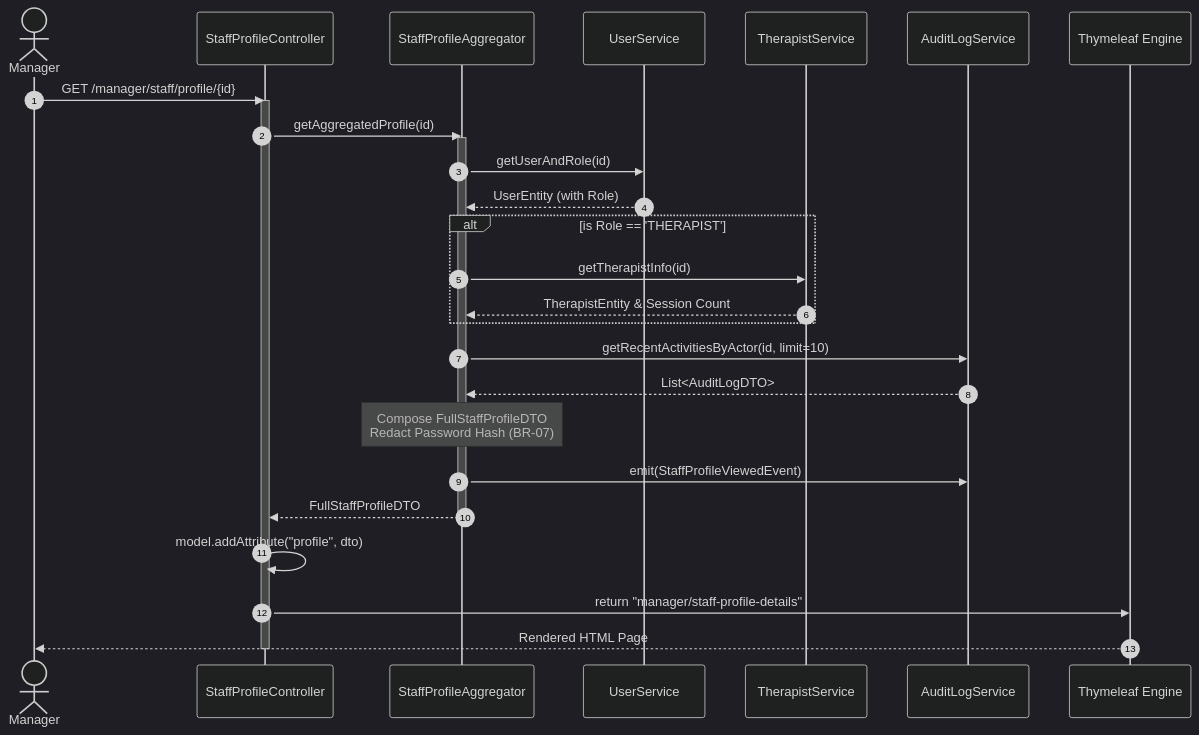
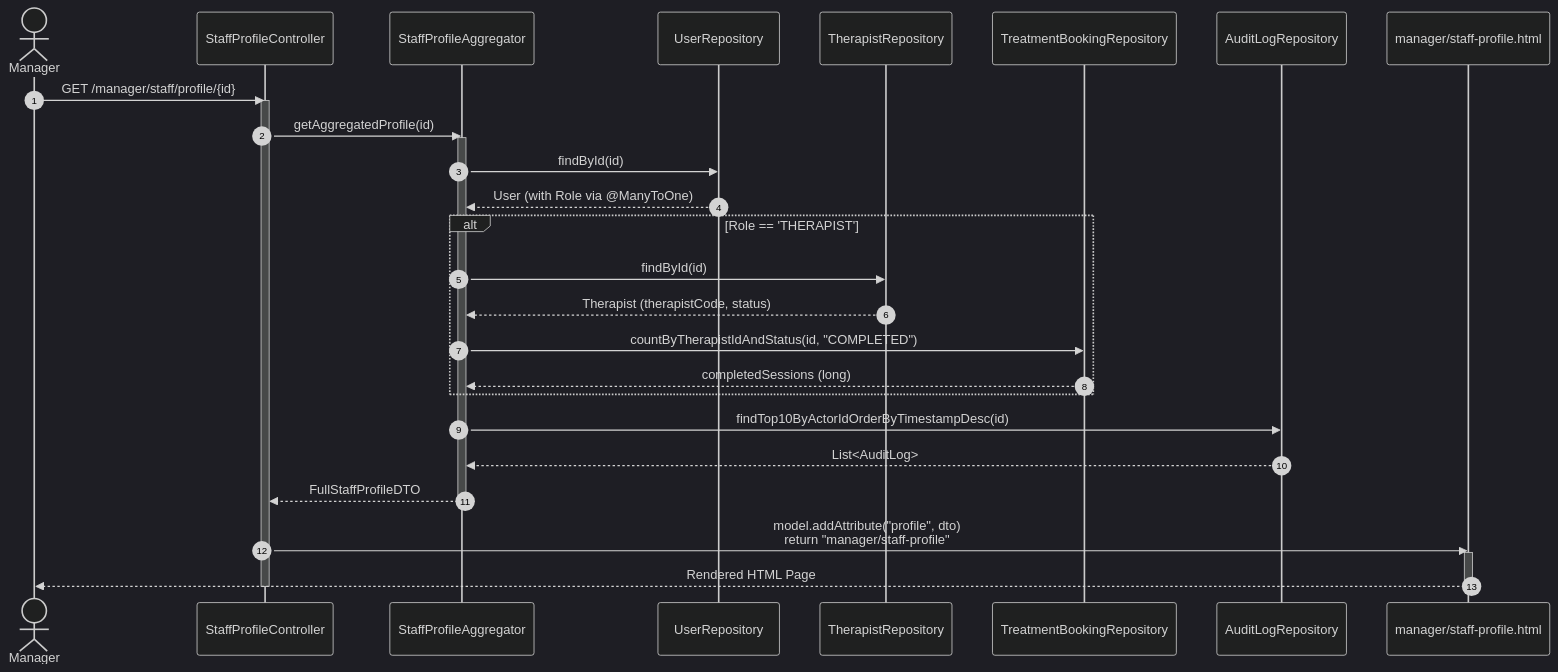
The second of 3 diagrams in 04_Implement/Module5/UC33/EDS_UC33_StaffProfileDetails.md (danhdac36/xoai-aura-retreat), drawn with Mermaid (dark theme) before and after one commit. The commit also changed other lines of this file and 3 other files, not shown here.

````diff
--- a/04_Implement/Module5/UC33/EDS_UC33_StaffProfileDetails.md
+++ b/04_Implement/Module5/UC33/EDS_UC33_StaffProfileDetails.md
@@ -225,38 +251,39 @@
 ```mermaid
 sequenceDiagram
     autonumber
     actor Manager
     participant Ctrl as StaffProfileController
     participant Agg as StaffProfileAggregator
-    participant USvc as UserService
-    participant TSvc as TherapistService
-    participant ASvc as AuditLogService
-    participant Thymeleaf as Thymeleaf Engine
+    participant URepo as UserRepository
+    participant TRepo as TherapistRepository
+    participant TBRepo as TreatmentBookingRepository
+    participant ARepo as AuditLogRepository
+    participant View as manager/staff-profile.html
 
     Manager->>Ctrl: GET /manager/staff/profile/{id}
     activate Ctrl
     Ctrl->>Agg: getAggregatedProfile(id)
     activate Agg
-    
-    Agg->>USvc: getUserAndRole(id)
-    USvc-->>Agg: UserEntity (with Role)
-    
-    alt is Role == 'THERAPIST'
-        Agg->>TSvc: getTherapistInfo(id)
-        TSvc-->>Agg: TherapistEntity & Session Count
+
+    Agg->>URepo: findById(id)
+    URepo-->>Agg: User (with Role via @ManyToOne)
+
+    alt Role == 'THERAPIST'
+        Agg->>TRepo: findById(id)
+        TRepo-->>Agg: Therapist (therapistCode, status)
+        Agg->>TBRepo: countByTherapistIdAndStatus(id, "COMPLETED")
+        TBRepo-->>Agg: completedSessions (long)
     end
-    
-    Agg->>ASvc: getRecentActivitiesByActor(id, limit=10)
-    ASvc-->>Agg: List<AuditLogDTO>
-    
-    Note over Agg: Compose FullStaffProfileDTO<br/>Redact Password Hash (BR-07)
-    Agg->>ASvc: emit(StaffProfileViewedEvent)
-    
+
+    Agg->>ARepo: findTop10ByActorIdOrderByTimestampDesc(id)
+    ARepo-->>Agg: List<AuditLog>
+
     Agg-->>Ctrl: FullStaffProfileDTO
     deactivate Agg
-    
-    Ctrl->>Ctrl: model.addAttribute("profile", dto)
-    Ctrl->>Thymeleaf: return "manager/staff-profile-details"
-    Thymeleaf-->>Manager: Rendered HTML Page
+
+    Ctrl->>View: model.addAttribute("profile", dto)<br/>return "manager/staff-profile"
+    activate View
+    View-->>Manager: Rendered HTML Page
+    deactivate View
     deactivate Ctrl
 ```
````
